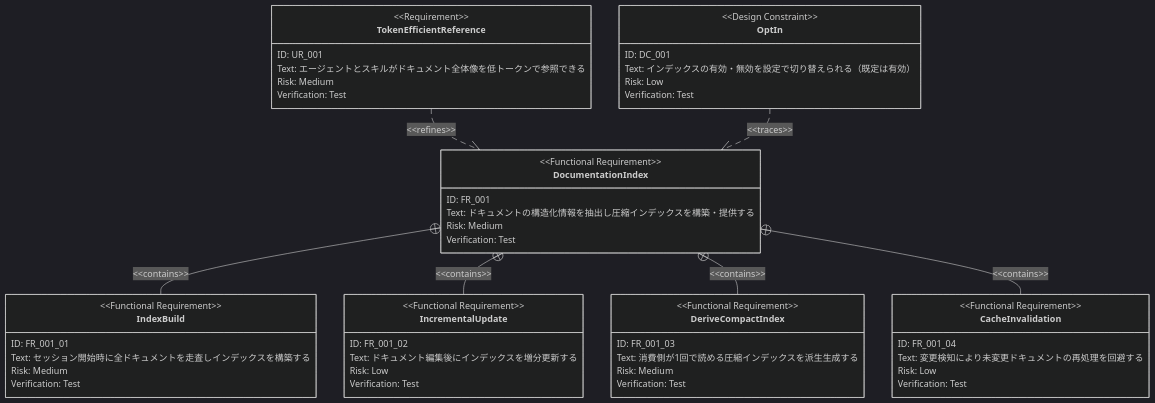
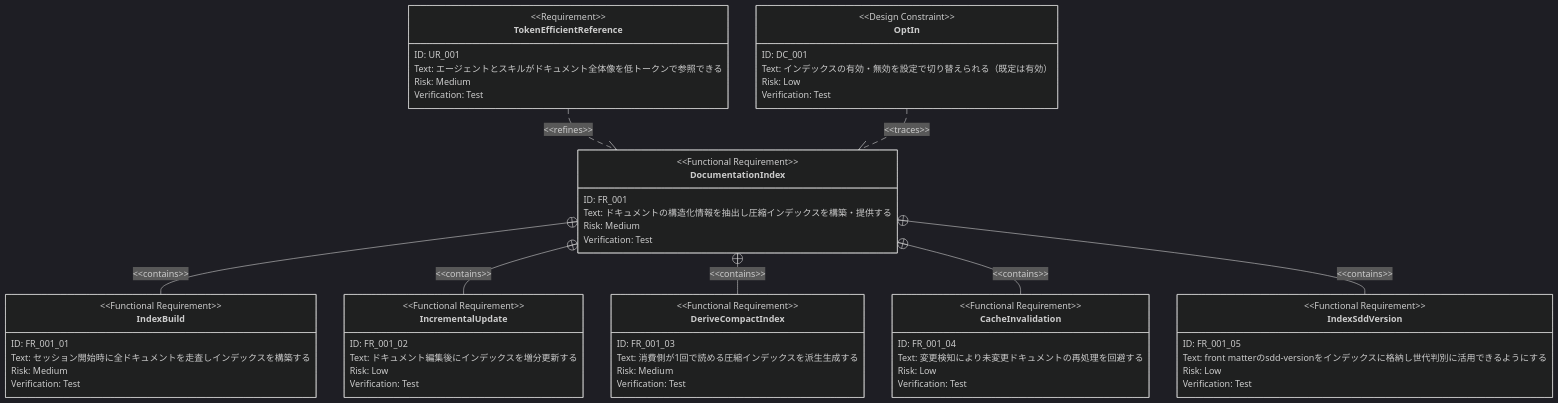
The second of 2 diagrams in .sdd/requirement/workflow-foundation/documentation-index.md (ToshikiImagawa/ai-sdd-workflow-dev), drawn with Mermaid before and after one commit. The commit also changed other lines of this file and 22 other files, not shown here.

First line of the commit message:
[add] sdd-version の読み取り側実装を追加し世代判別・移行漏れ検知に活用する (#105)

````diff
--- a/.sdd/requirement/workflow-foundation/documentation-index.md
+++ b/.sdd/requirement/workflow-foundation/documentation-index.md
@@ -70,59 +71,67 @@
 ```mermaid
 %%{init: {'theme': 'dark'}}%%
 requirementDiagram
     requirement TokenEfficientReference {
         id: UR_001
         text: "エージェントとスキルがドキュメント全体像を低トークンで参照できる"
         risk: medium
         verifymethod: test
     }
 
     functionalRequirement DocumentationIndex {
         id: FR_001
         text: "ドキュメントの構造化情報を抽出し圧縮インデックスを構築・提供する"
         risk: medium
         verifymethod: test
     }
 
     functionalRequirement IndexBuild {
         id: FR_001_01
         text: "セッション開始時に全ドキュメントを走査しインデックスを構築する"
         risk: medium
         verifymethod: test
     }
 
     functionalRequirement IncrementalUpdate {
         id: FR_001_02
         text: "ドキュメント編集後にインデックスを増分更新する"
         risk: low
         verifymethod: test
     }
 
     functionalRequirement DeriveCompactIndex {
         id: FR_001_03
         text: "消費側が1回で読める圧縮インデックスを派生生成する"
         risk: medium
         verifymethod: test
     }
 
     functionalRequirement CacheInvalidation {
         id: FR_001_04
         text: "変更検知により未変更ドキュメントの再処理を回避する"
         risk: low
         verifymethod: test
     }
 
+    functionalRequirement IndexSddVersion {
+        id: FR_001_05
+        text: "front matterのsdd-versionをインデックスに格納し世代判別に活用できるようにする"
+        risk: low
+        verifymethod: test
+    }
+
     designConstraint OptIn {
         id: DC_001
         text: "インデックスの有効・無効を設定で切り替えられる（既定は有効）"
         risk: low
         verifymethod: test
     }
 
     TokenEfficientReference - refines -> DocumentationIndex
     DocumentationIndex - contains -> IndexBuild
     DocumentationIndex - contains -> IncrementalUpdate
     DocumentationIndex - contains -> DeriveCompactIndex
     DocumentationIndex - contains -> CacheInvalidation
+    DocumentationIndex - contains -> IndexSddVersion
     OptIn - traces -> DocumentationIndex
 ```
````
